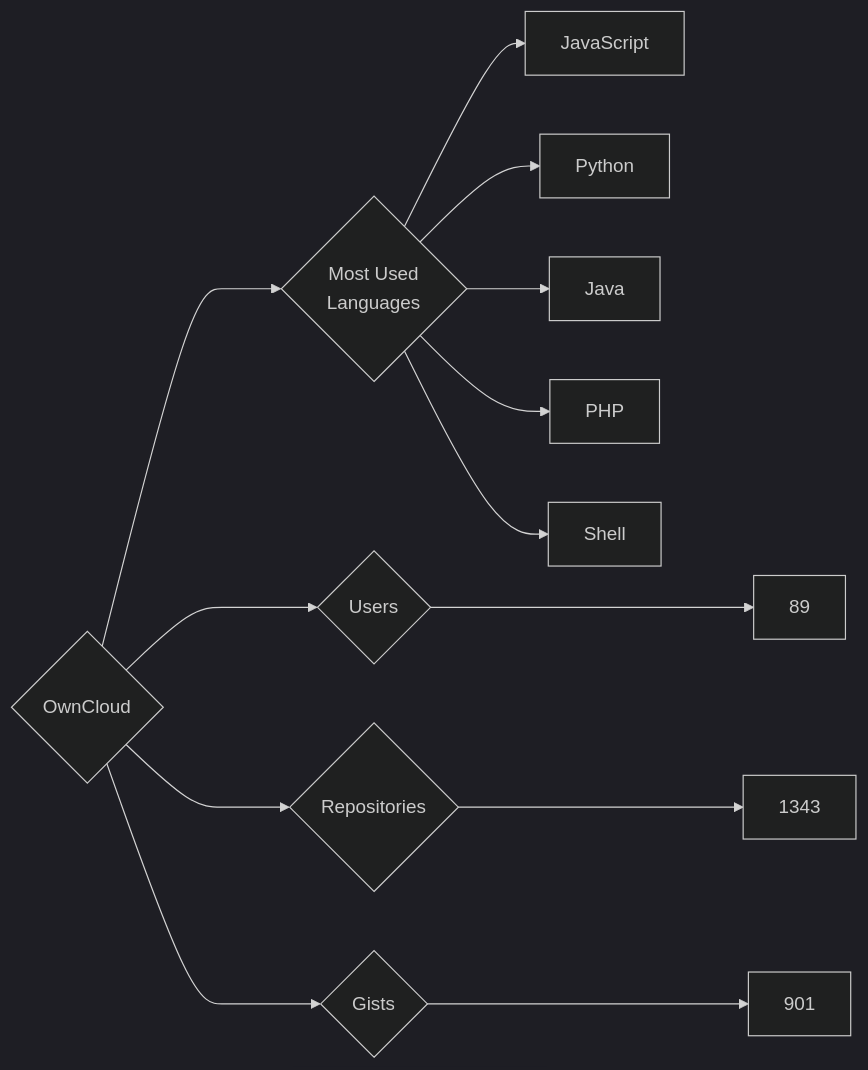
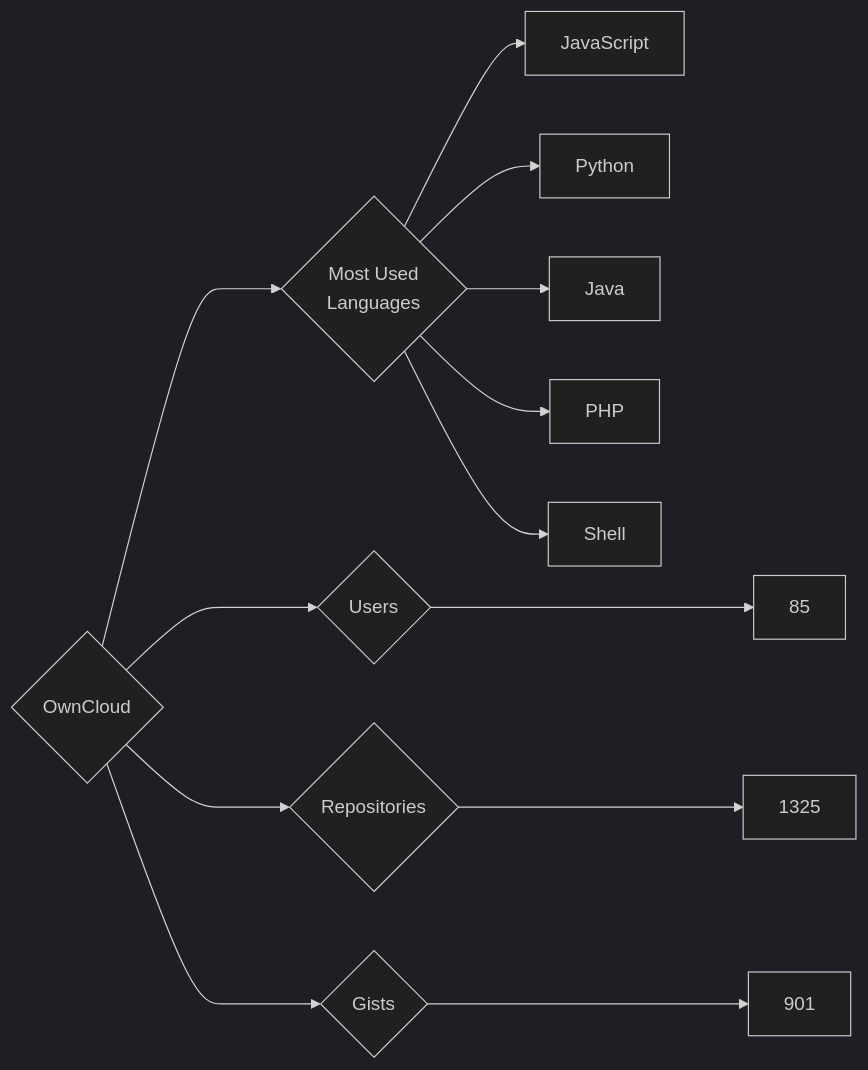
Before and after one commit to trickest/insiders: the diagram in targets/OwnCloud/README.md, drawn with Mermaid (dark theme). The commit also changed 955 other files, not shown here.

````diff
--- a/targets/OwnCloud/README.md
+++ b/targets/OwnCloud/README.md
@@ -3,13 +3,13 @@
 ```mermaid
 graph LR
 COMPANY_NAME{OwnCloud}
-COMPANY_NAME ---> U{Users} ---> UN[89]
-COMPANY_NAME ---> R{Repositories} ---> RN[1343]
+COMPANY_NAME ---> U{Users} ---> UN[85]
+COMPANY_NAME ---> R{Repositories} ---> RN[1325]
 COMPANY_NAME ---> G{Gists} ---> GN[901]
 COMPANY_NAME ---> ML{Most Used<br>Languages}
 ML --> JavaScript[JavaScript]
 ML --> Python[Python]
 ML --> Java[Java]
 ML --> PHP[PHP]
 ML --> Shell[Shell]
 ```
````
